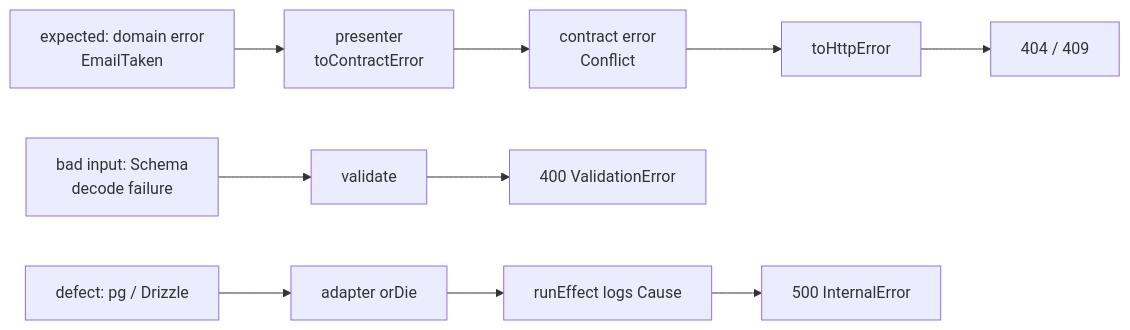
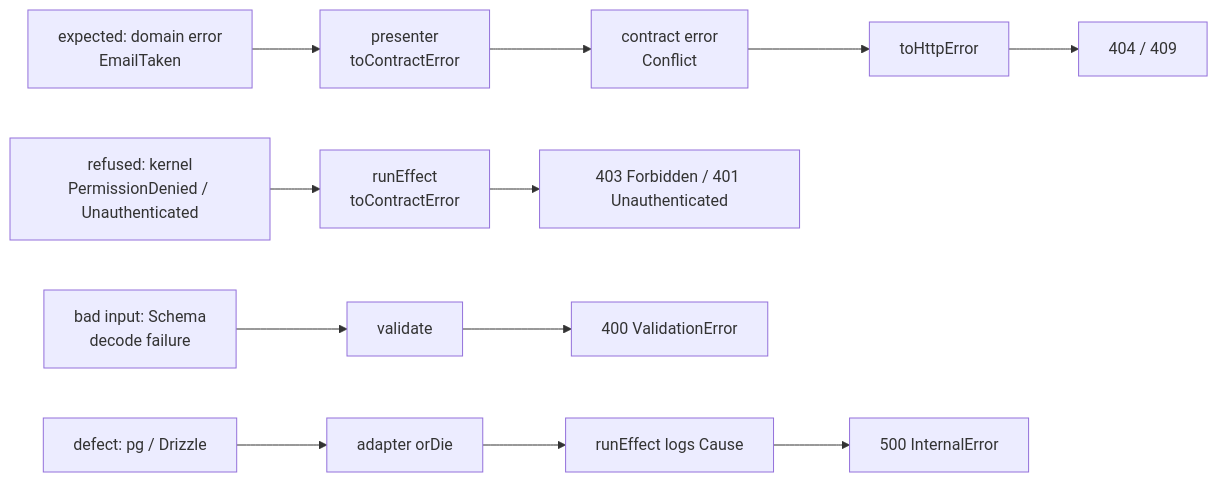
Before and after one commit to Arvest-Digital/arv-intranet: the fifth of 5 diagrams in ARCHITECTURE.md, drawn with Mermaid. The commit also changed other lines of this file and 17 other files, not shown here.

First line of the commit message:
feat(platform): add Unauthenticated and Forbidden contract errors, map kernel access errors once

````diff
--- a/ARCHITECTURE.md
+++ b/ARCHITECTURE.md
@@ -237,6 +238,7 @@
 ```mermaid
 flowchart LR
   de["expected: domain error<br/>EmailTaken"] --> pr["presenter<br/>toContractError"] --> ce["contract error<br/>Conflict"] --> th["toHttpError"] --> r1["404 / 409"]
+  ae["refused: kernel<br/>PermissionDenied / Unauthenticated"] --> rf["runEffect<br/>toContractError"] --> r4["403 Forbidden / 401 Unauthenticated"]
   ve["bad input: Schema<br/>decode failure"] --> va["validate"] --> r2["400 ValidationError"]
   db["defect: pg / Drizzle"] --> od["adapter orDie"] --> re["runEffect logs Cause"] --> r3["500 InternalError"]
 ```
````
